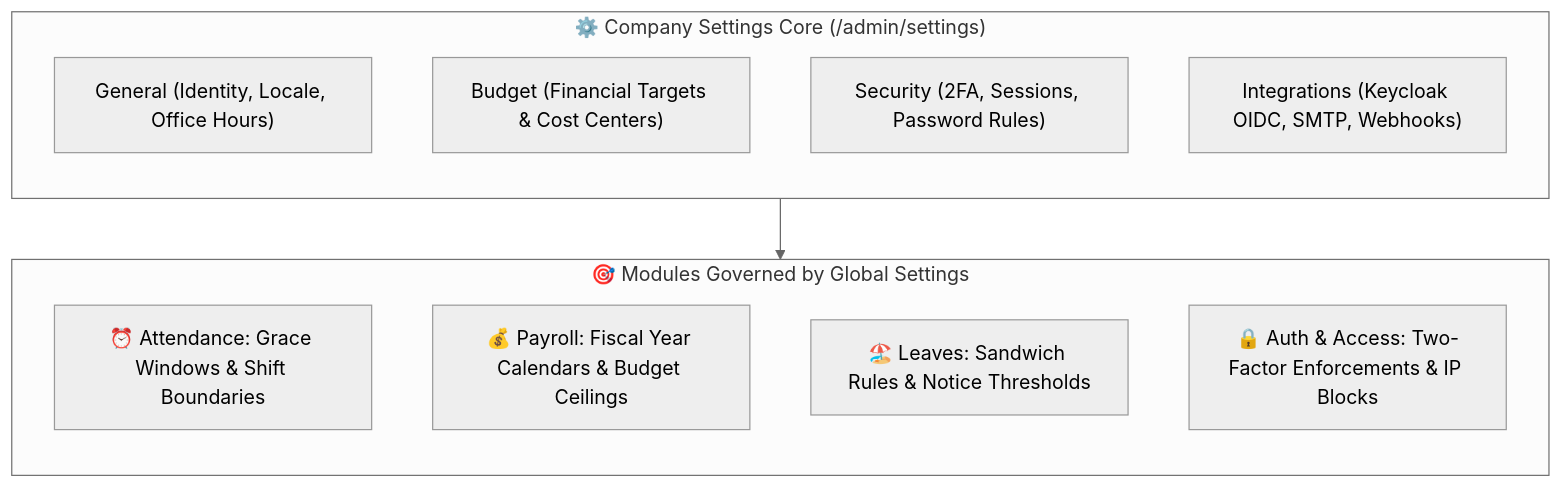
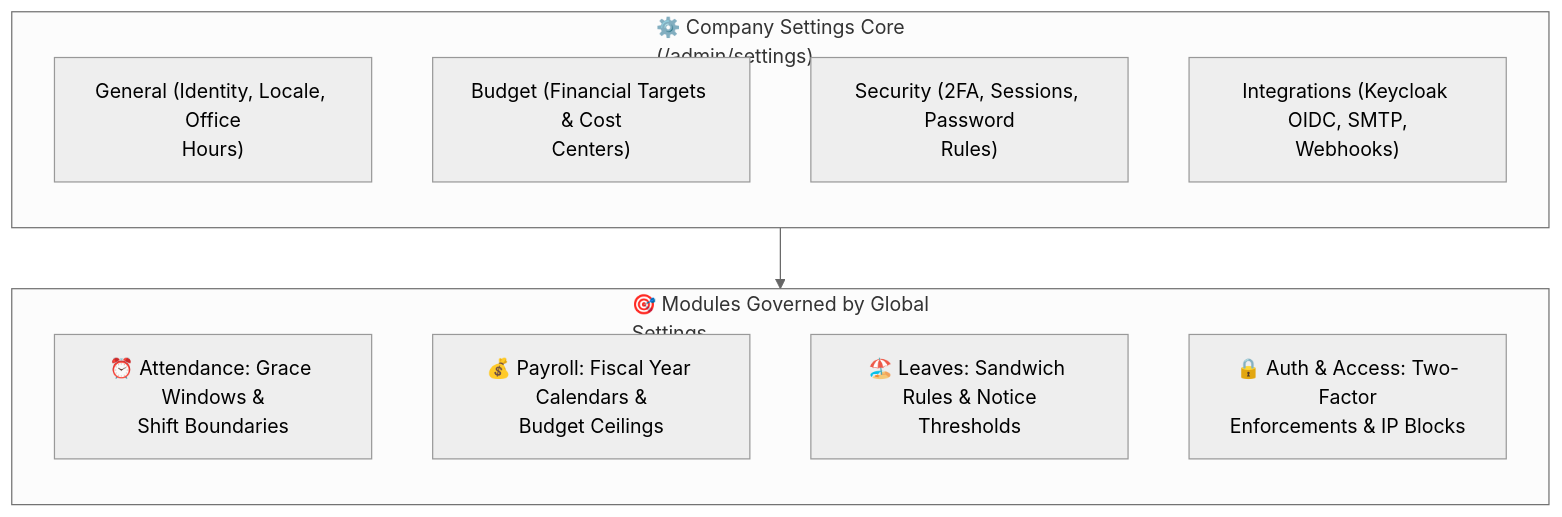
The diagram in docs/hrms/settings.md (SRJ-GROUP/hubnest_user_guide), drawn with Mermaid (neutral theme) before and after one commit. The commit also changed 161 other files, not shown here.

Commit message:
feat: complete HubMeet suite, supervisor portal docs, diagram fixes, and interactive eye-button zoom modal

````diff
--- a/docs/hrms/settings.md
+++ b/docs/hrms/settings.md
@@ -24,20 +24,20 @@
 ```mermaid
 graph TB
-    subgraph MasterSettings["⚙️ Company Settings Core (/admin/settings)"]
+    subgraph MasterSettings["⚙️ Company Settings Core<br/>(/admin/settings)"]
         direction TB
-        S1["General (Identity, Locale, Office Hours)"]
-        S2["Budget (Financial Targets & Cost Centers)"]
-        S3["Security (2FA, Sessions, Password Rules)"]
-        S4["Integrations (Keycloak OIDC, SMTP, Webhooks)"]
+        S1["General (Identity, Locale, Office<br/>Hours)"]
+        S2["Budget (Financial Targets & Cost<br/>Centers)"]
+        S3["Security (2FA, Sessions, Password<br/>Rules)"]
+        S4["Integrations (Keycloak OIDC, SMTP,<br/>Webhooks)"]
     end
 
-    subgraph OperationalImpact["🎯 Modules Governed by Global Settings"]
+    subgraph OperationalImpact["🎯 Modules Governed by Global<br/>Settings"]
         direction TB
-        M1["⏰ Attendance: Grace Windows & Shift Boundaries"]
-        M2["💰 Payroll: Fiscal Year Calendars & Budget Ceilings"]
-        M3["🏖️ Leaves: Sandwich Rules & Notice Thresholds"]
-        M4["🔒 Auth & Access: Two-Factor Enforcements & IP Blocks"]
+        M1["⏰ Attendance: Grace Windows &<br/>Shift Boundaries"]
+        M2["💰 Payroll: Fiscal Year Calendars &<br/>Budget Ceilings"]
+        M3["🏖️ Leaves: Sandwich Rules & Notice<br/>Thresholds"]
+        M4["🔒 Auth & Access: Two-Factor<br/>Enforcements & IP Blocks"]
     end
 
     MasterSettings --> OperationalImpact
 ```
````
